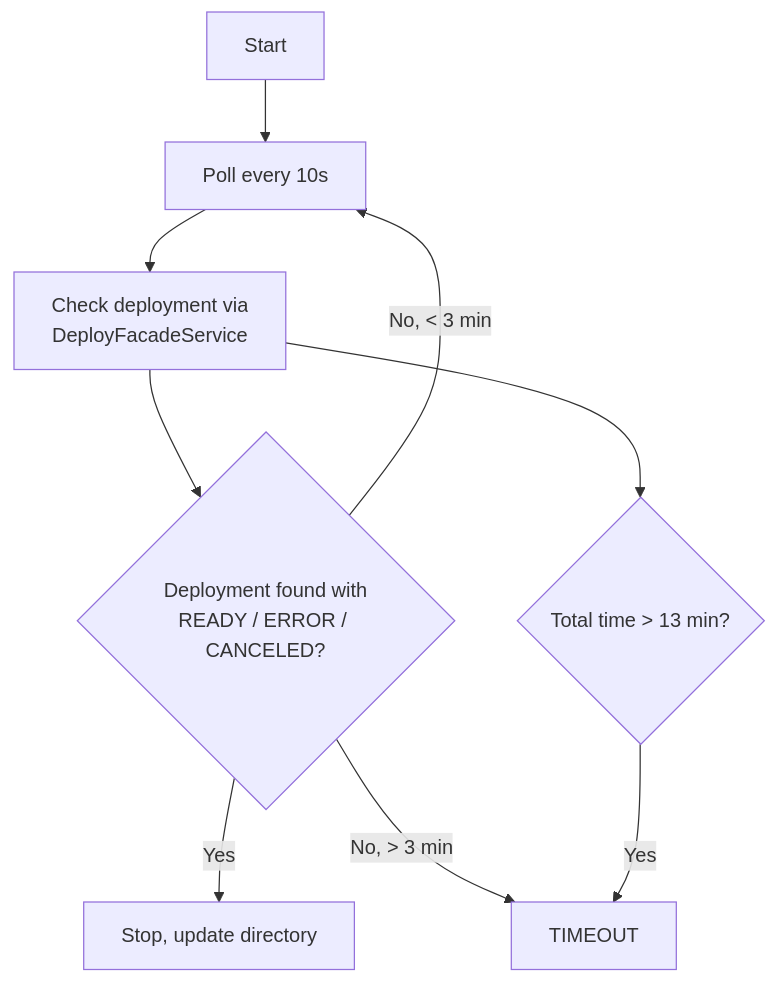
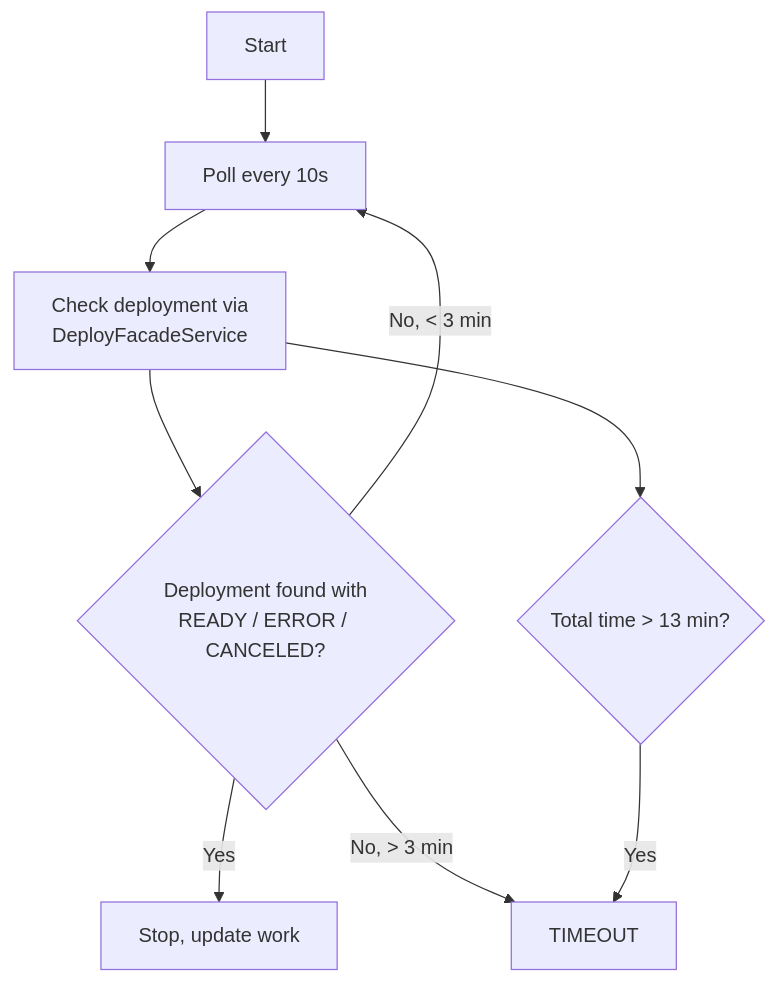
The diagram in docs/api/deploy-capability.md (ever-works/ever-works), drawn with Mermaid before and after one commit. The commit also changed other lines of this file and 395 other files, not shown here.

````diff
--- a/docs/api/deploy-capability.md
+++ b/docs/api/deploy-capability.md
@@ -235,11 +235,11 @@
 ```mermaid
 flowchart TD
     Start["Start"] --> Poll["Poll every 10s"]
     Poll --> Check["Check deployment via<br/>DeployFacadeService"]
     Check --> Found{"Deployment found with<br/>READY / ERROR / CANCELED?"}
-    Found -- Yes --> Stop["Stop, update directory"]
+    Found -- Yes --> Stop["Stop, update work"]
     Found -- "No, < 3 min" --> Poll
     Found -- "No, > 3 min" --> Timeout["TIMEOUT"]
     Check --> TotalCheck{"Total time > 13 min?"}
     TotalCheck -- Yes --> Timeout
 ```
````
